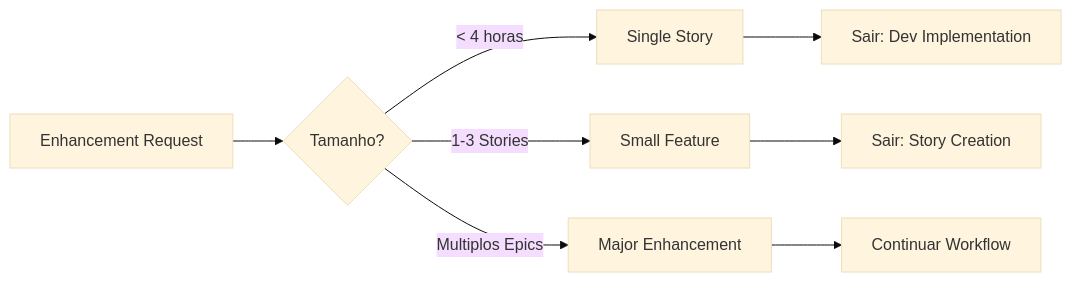
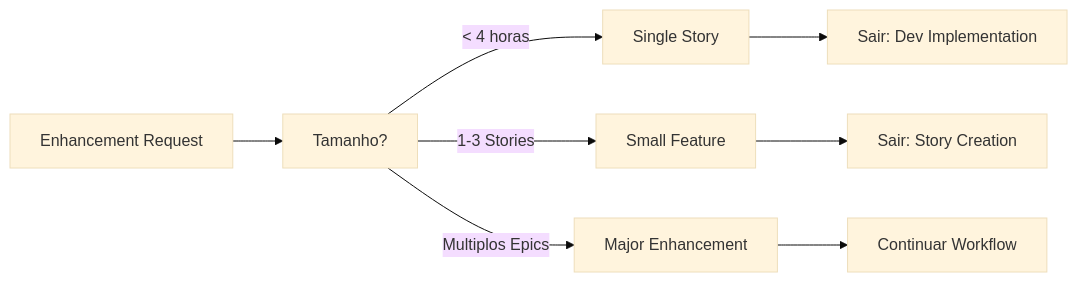
The third of 9 diagrams in content/en/docs/guides/workflows/BROWNFIELD-FULLSTACK-WORKFLOW.mdx (bychrisr/aios-docs), drawn with Mermaid (base theme) before and after one commit. The commit also changed other lines of this file and 40 other files, not shown here.

````diff
--- a/content/en/docs/guides/workflows/BROWNFIELD-FULLSTACK-WORKFLOW.mdx
+++ b/content/en/docs/guides/workflows/BROWNFIELD-FULLSTACK-WORKFLOW.mdx
@@ -557,10 +557,10 @@
 ```mermaid
 flowchart LR
-    A[Enhancement Request] --> B{Tamanho?}
+    A[Enhancement Request] --> B[Tamanho?]
     B -->|"< 4 horas"| C[Single Story]
     B -->|"1-3 Stories"| D[Small Feature]
     B -->|"Multiplos Epics"| E[Major Enhancement]
     C --> F[Sair: Dev Implementation]
     D --> G[Sair: Story Creation]
     E --> H[Continuar Workflow]
 ```
````
